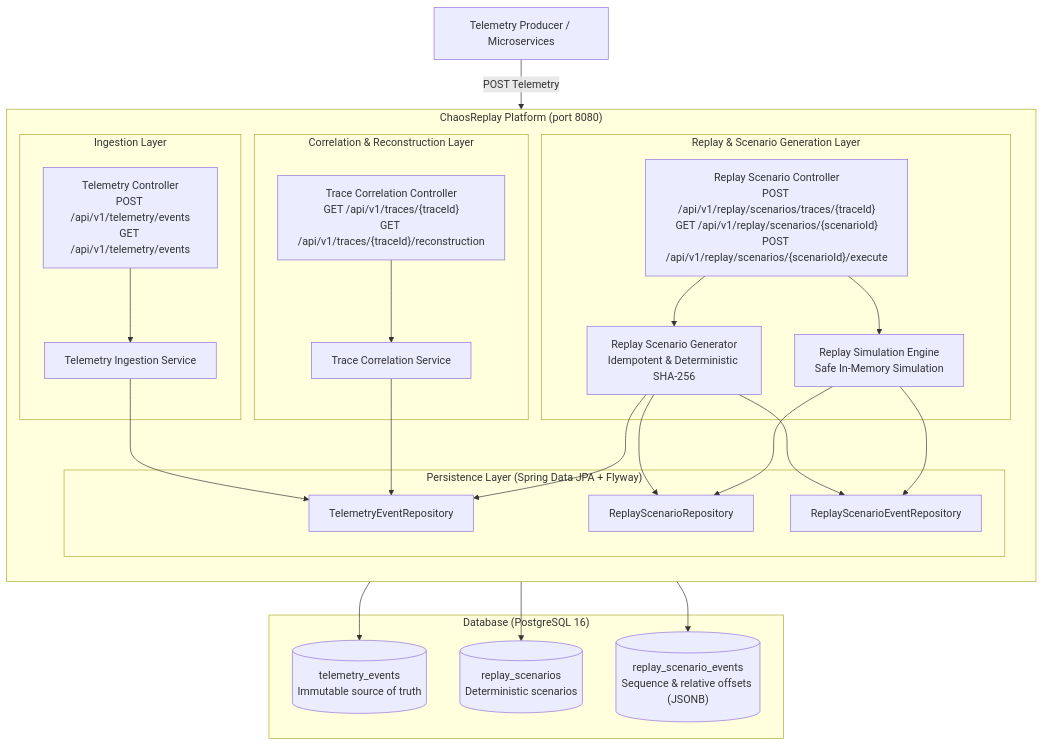
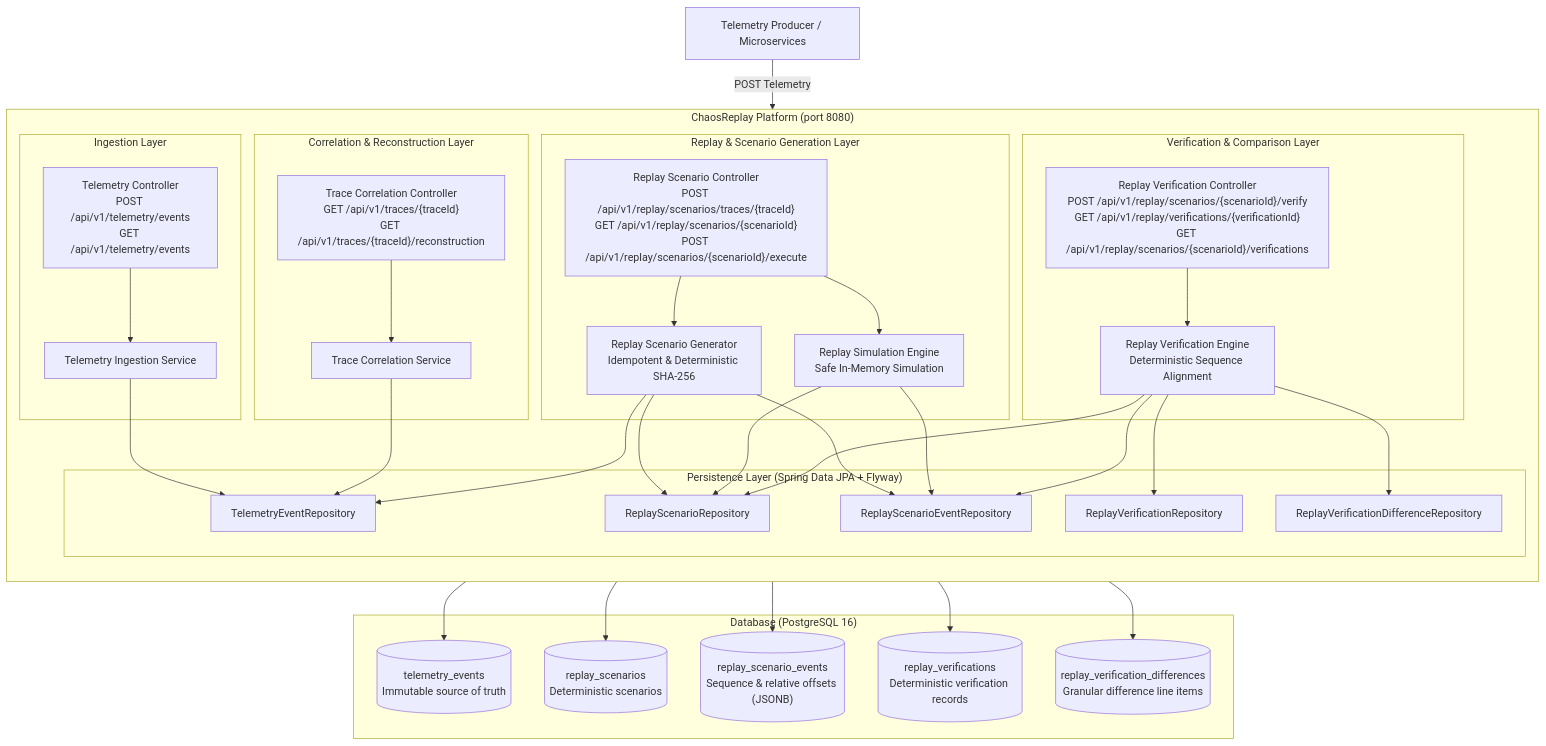
One commit to mohammedbilal09/chaos-replay changed the diagram in README.md. Above: the diagram before and after it, drawn with Mermaid. The commit also changed other lines of this file and 17 other files, not shown here.

Commit message:
feat: add replay verification and failure comparison

````diff
--- a/README.md
+++ b/README.md
@@ -45,54 +56,71 @@
 ```mermaid
 flowchart TD
     TelemetryProducer["Telemetry Producer / Microservices"]
     
     subgraph SpringBootApp["ChaosReplay Platform (port 8080)"]
         direction TB
         subgraph IngestionLayer["Ingestion Layer"]
             TelemetryAPI["Telemetry Controller<br/>POST /api/v1/telemetry/events<br/>GET /api/v1/telemetry/events"]
             TelemetrySvc["Telemetry Ingestion Service"]
         end
         
         subgraph CorrelationLayer["Correlation & Reconstruction Layer"]
             TraceAPI["Trace Correlation Controller<br/>GET /api/v1/traces/{traceId}<br/>GET /api/v1/traces/{traceId}/reconstruction"]
             CorrelationSvc["Trace Correlation Service"]
         end
         
         subgraph ReplayLayer["Replay & Scenario Generation Layer"]
             ReplayAPI["Replay Scenario Controller<br/>POST /api/v1/replay/scenarios/traces/{traceId}<br/>GET /api/v1/replay/scenarios/{scenarioId}<br/>POST /api/v1/replay/scenarios/{scenarioId}/execute"]
             ScenarioSvc["Replay Scenario Generator<br/>Idempotent & Deterministic SHA-256"]
             SimulationEngine["Replay Simulation Engine<br/>Safe In-Memory Simulation"]
         end
+
+        subgraph VerificationLayer["Verification & Comparison Layer"]
+            VerifyAPI["Replay Verification Controller<br/>POST /api/v1/replay/scenarios/{scenarioId}/verify<br/>GET /api/v1/replay/verifications/{verificationId}<br/>GET /api/v1/replay/scenarios/{scenarioId}/verifications"]
+            VerifySvc["Replay Verification Engine<br/>Deterministic Sequence Alignment"]
+        end
         
         subgraph PersistenceLayer["Persistence Layer (Spring Data JPA + Flyway)"]
             RepoTelemetry["TelemetryEventRepository"]
             RepoScenario["ReplayScenarioRepository"]
             RepoScenarioEvent["ReplayScenarioEventRepository"]
+            RepoVerify["ReplayVerificationRepository"]
+            RepoVerifyDiff["ReplayVerificationDifferenceRepository"]
         end
         
         TelemetryAPI --> TelemetrySvc
         TelemetrySvc --> RepoTelemetry
         
         TraceAPI --> CorrelationSvc
         CorrelationSvc --> RepoTelemetry
         
         ReplayAPI --> ScenarioSvc
         ReplayAPI --> SimulationEngine
         ScenarioSvc --> RepoTelemetry
         ScenarioSvc --> RepoScenario
         ScenarioSvc --> RepoScenarioEvent
         SimulationEngine --> RepoScenario
         SimulationEngine --> RepoScenarioEvent
+
+        VerifyAPI --> VerifySvc
+        VerifySvc --> RepoScenario
+        VerifySvc --> RepoScenarioEvent
+        VerifySvc --> RepoVerify
+        VerifySvc --> RepoVerifyDiff
     end
     
     subgraph Storage["Database (PostgreSQL 16)"]
         TableTelemetry[("telemetry_events<br/>Immutable source of truth")]
         TableScenarios[("replay_scenarios<br/>Deterministic scenarios")]
         TableScenarioEvents[("replay_scenario_events<br/>Sequence & relative offsets (JSONB)")]
+        TableVerifications[("replay_verifications<br/>Deterministic verification records")]
+        TableDifferences[("replay_verification_differences<br/>Granular difference line items")]
     end
     
     TelemetryProducer -->|"POST Telemetry"| TelemetryAPI
     RepoTelemetry --> TableTelemetry
     RepoScenario --> TableScenarios
     RepoScenarioEvent --> TableScenarioEvents
+    RepoVerify --> TableVerifications
+    RepoVerifyDiff --> TableDifferences
 ```
````
